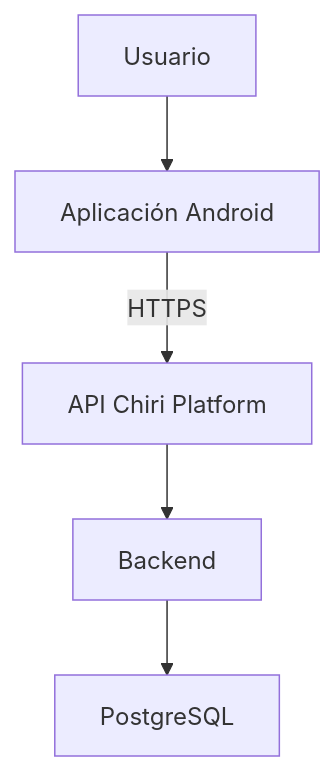
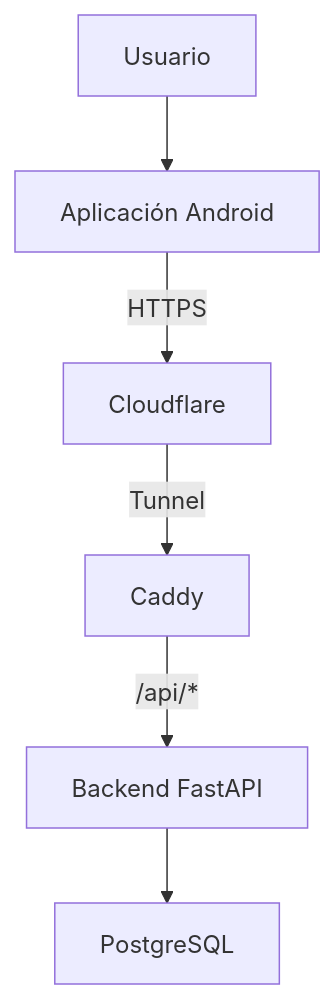
The first of 5 diagrams in docs/080_Despliegue.md (chirijose79-ui/Chiri), drawn with Mermaid before and after one commit. The commit also changed other lines of this file, not shown here.

Commit message:
docs: actualizar despliegue de Chiri Platform

`````diff
--- a/docs/080_Despliegue.md
+++ b/docs/080_Despliegue.md
@@ -52,13 +53,15 @@
 ```mermaid
 flowchart TD
 
     Usuario --> Android
-    Android -->|HTTPS| API
-    API --> Backend
+    Android -->|HTTPS| Cloudflare
+    Cloudflare -->|Tunnel| Caddy
+    Caddy -->|/api/*| Backend
     Backend --> PostgreSQL
 
     Android["Aplicación Android"]
-    API["API Chiri Platform"]
-    Backend["Backend"]
+    Cloudflare["Cloudflare"]
+    Caddy["Caddy"]
+    Backend["Backend FastAPI"]
     PostgreSQL["PostgreSQL"]
-````
+```
`````
